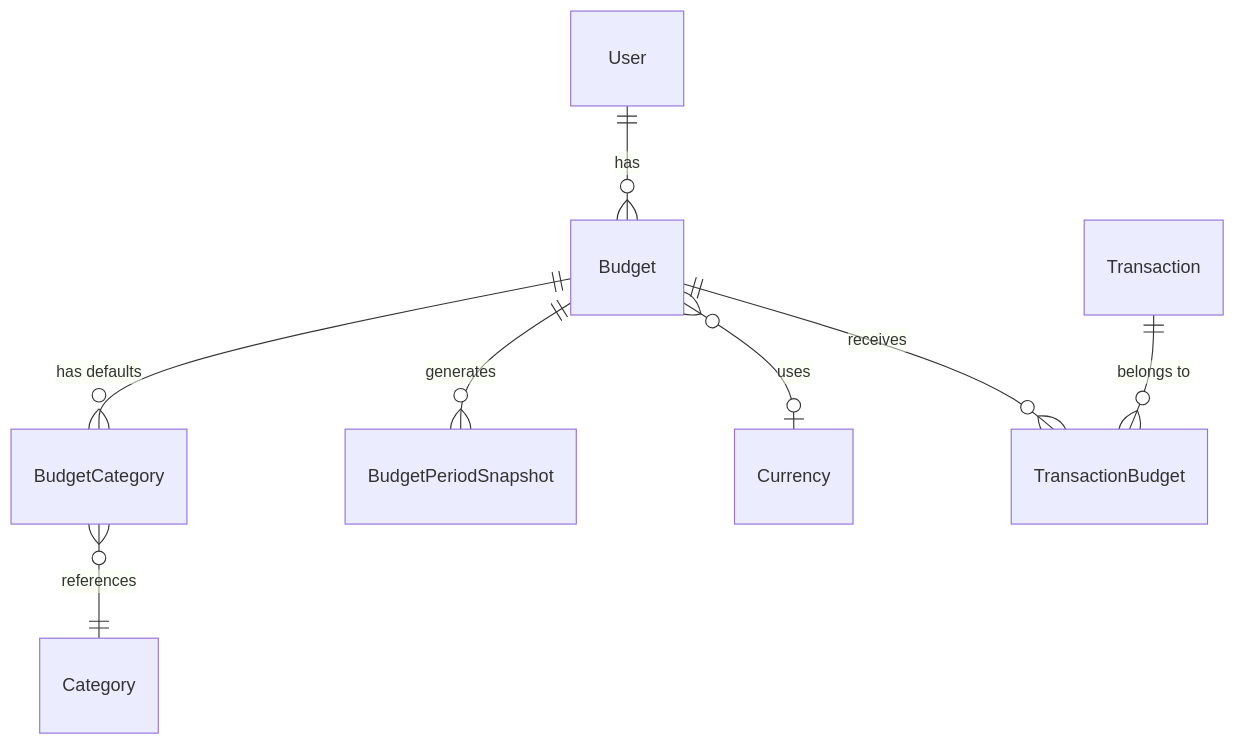
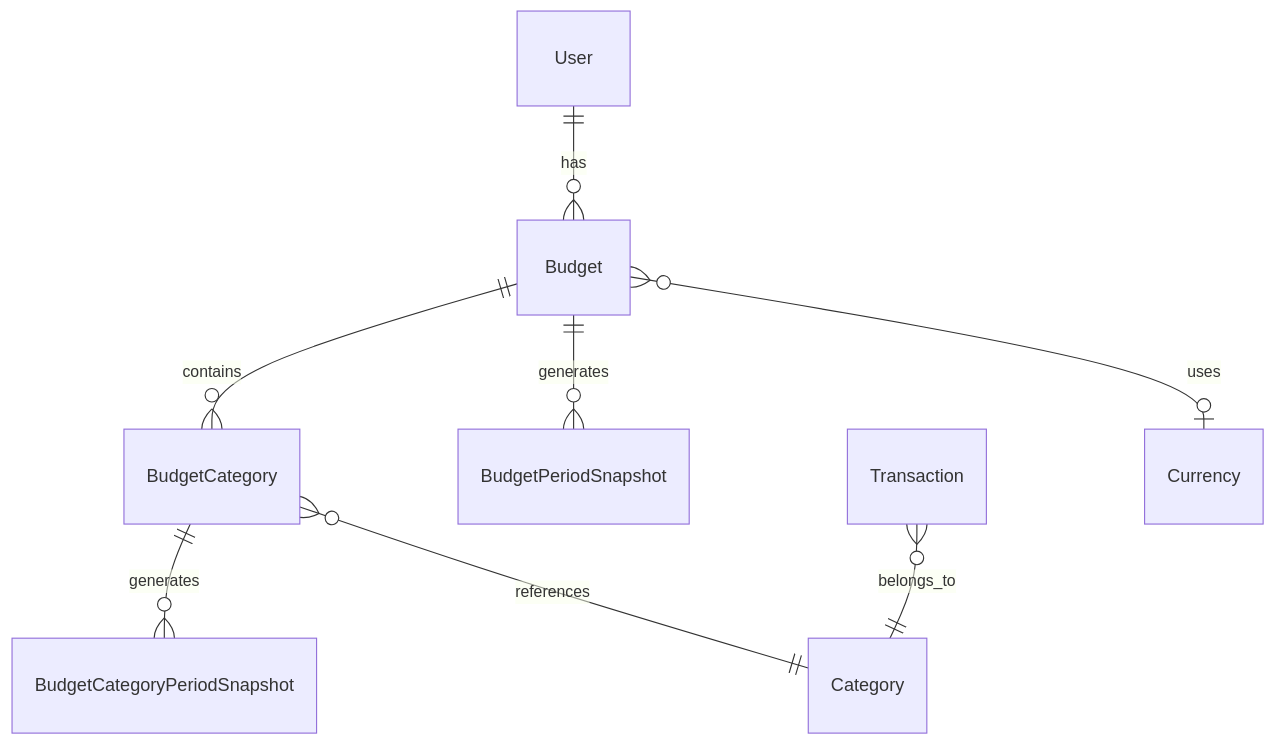
Before and after one commit to BardKidd/EasyAccounting: the first of 2 diagrams in docs/specs/budget-system-spec.md, drawn with Mermaid. The commit also changed other lines of this file and 17 other files, not shown here.

````diff
--- a/docs/specs/budget-system-spec.md
+++ b/docs/specs/budget-system-spec.md
@@ -111,10 +134,10 @@
 ```mermaid
 erDiagram
     User ||--o{ Budget : has
-    Budget ||--o{ BudgetCategory : "has defaults"
+    Budget ||--o{ BudgetCategory : contains
     Budget ||--o{ BudgetPeriodSnapshot : generates
+    BudgetCategory ||--o{ BudgetCategoryPeriodSnapshot : generates
     BudgetCategory }o--|| Category : references
+    Transaction }o--|| Category : belongs_to
     Budget }o--o| Currency : uses
-    Transaction ||--o{ TransactionBudget : "belongs to"
-    Budget ||--o{ TransactionBudget : "receives"
 ```
````
